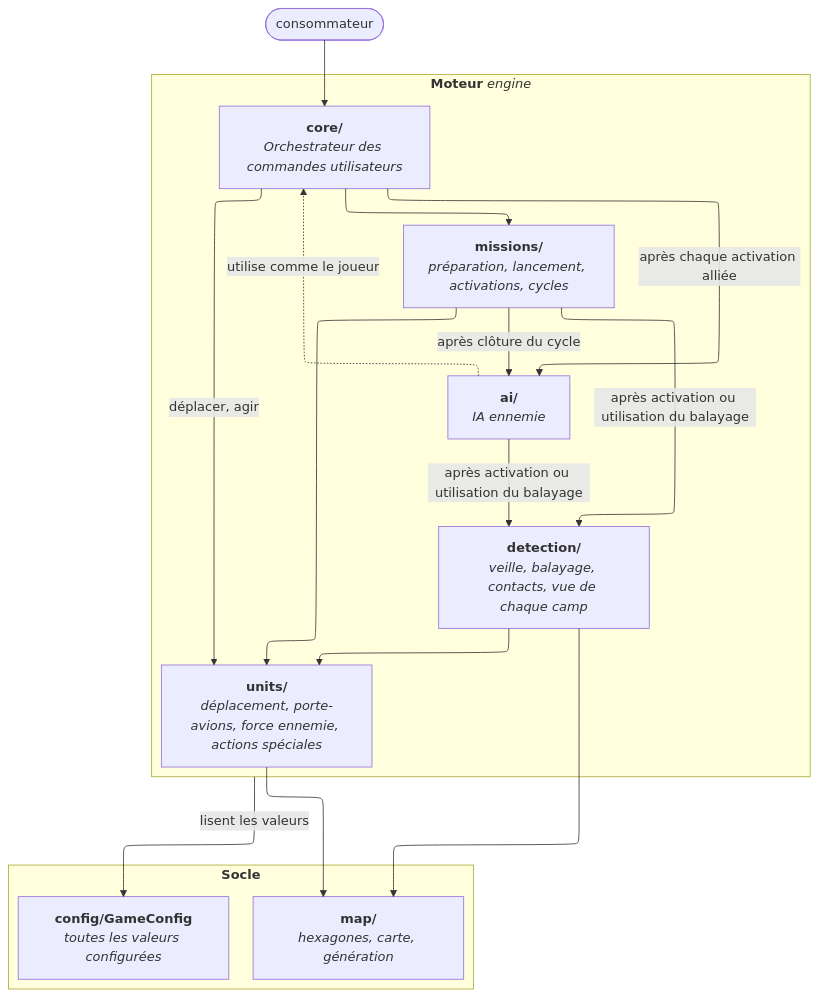
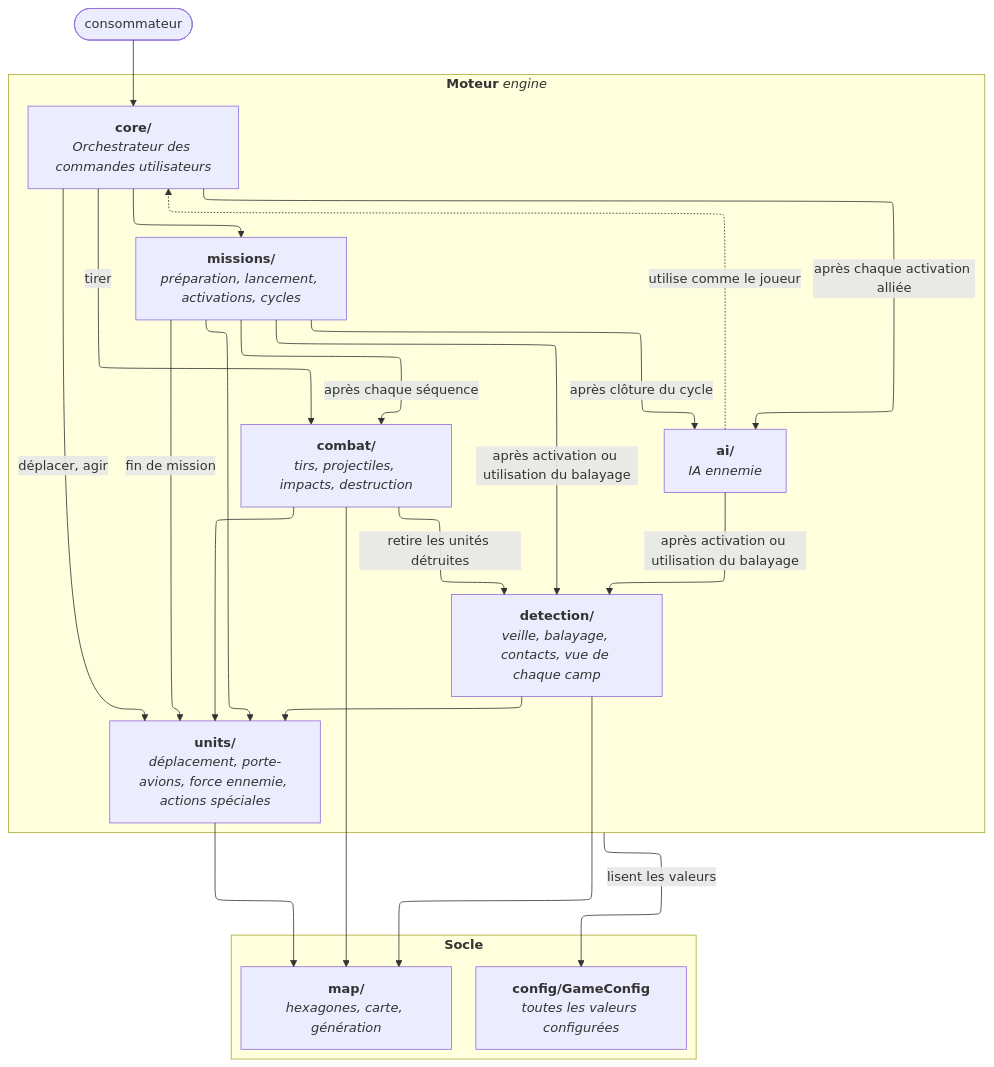
The diagram in docs/diagrams/02-engine.md (peangoulvant/Tacticoop), drawn with Mermaid before and after one commit. The commit also changed 29 other files, not shown here.

First line of the commit message:
Combat, lot 1 (moteur) : tests, documents, diagrammes et traçabilité

````diff
--- a/docs/diagrams/02-engine.md
+++ b/docs/diagrams/02-engine.md
@@ -5,41 +5,48 @@
 ```mermaid
 ---
 config:
   layout: elk
   look: classic
   theme: default
 ---
 flowchart TB
  subgraph regles["`**Moteur** *engine*`"]
         core["`**core/**<br>*Orchestrateur des commandes utilisateurs*`"]
         missions["`**missions/**<br>*préparation, lancement, activations, cycles*`"]
         units["`**units/**<br>*déplacement, porte-avions, force ennemie, actions spéciales*`"]
+        combat["`**combat/**<br>*tirs, projectiles, impacts, destruction*`"]
         detection["`**detection/**<br>*veille, balayage, contacts, vue de chaque camp*`"]
         ai["`**ai/**<br>*IA ennemie*`"]
   end
  subgraph socle["`**Socle**`"]
         map["`**map/**<br>*hexagones, carte, génération*`"]
         config["`**config/GameConfig**<br>*toutes les valeurs configurées*`"]
   end
     api(["consommateur"]) --> core
     core --> missions
     core -- déplacer, agir --> units
+    core -- tirer --> combat
+    missions -- après chaque séquence --> combat
+    missions -- fin de mission --> units
     core -- après chaque activation alliée --> ai
     missions -- après clôture du cycle --> ai
     missions -- après activation ou utilisation du balayage --> detection
     missions --> units
     ai -. utilise comme le joueur .-> core
     ai -- après activation ou utilisation du balayage --> detection
     detection --> units & map
+    combat -- retire les unités détruites --> detection
+    combat --> units & map
     units --> map
     regles -- lisent les valeurs --> config
 
      core
      missions
      units
+     combat
      detection
      ai
      map
      config
      api
 ```
````
